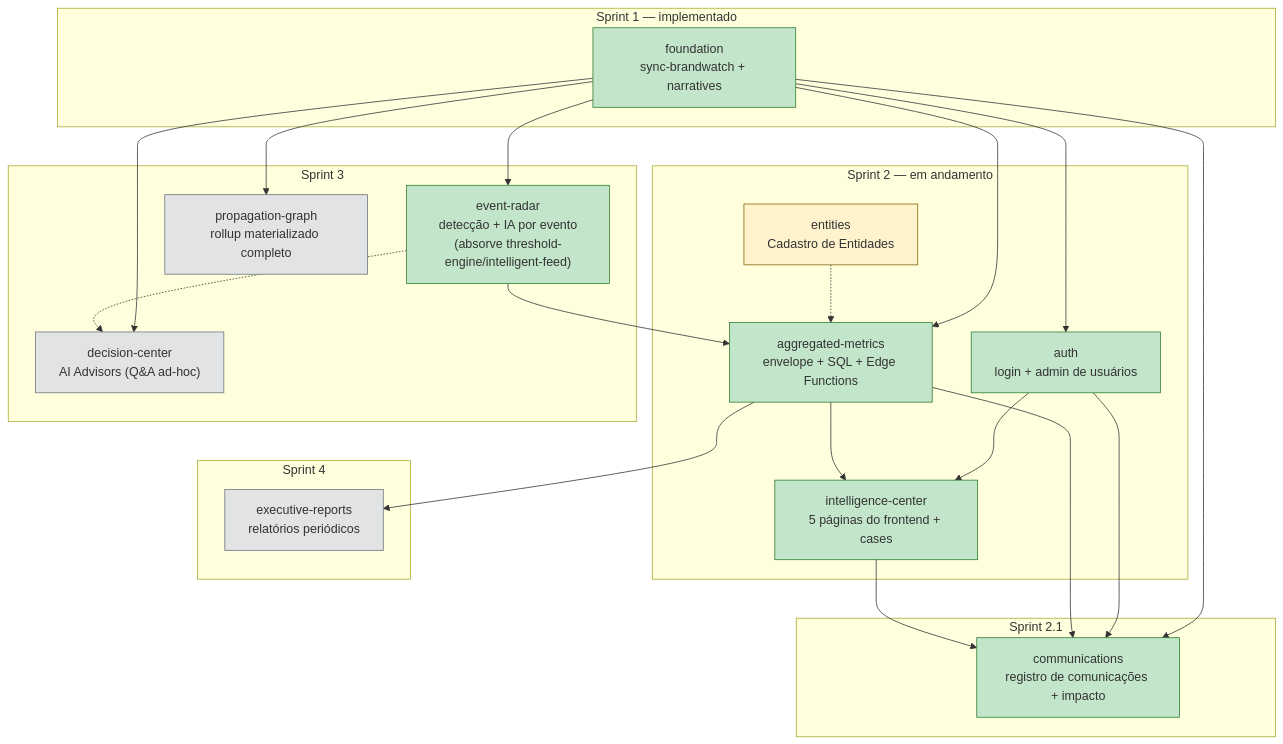
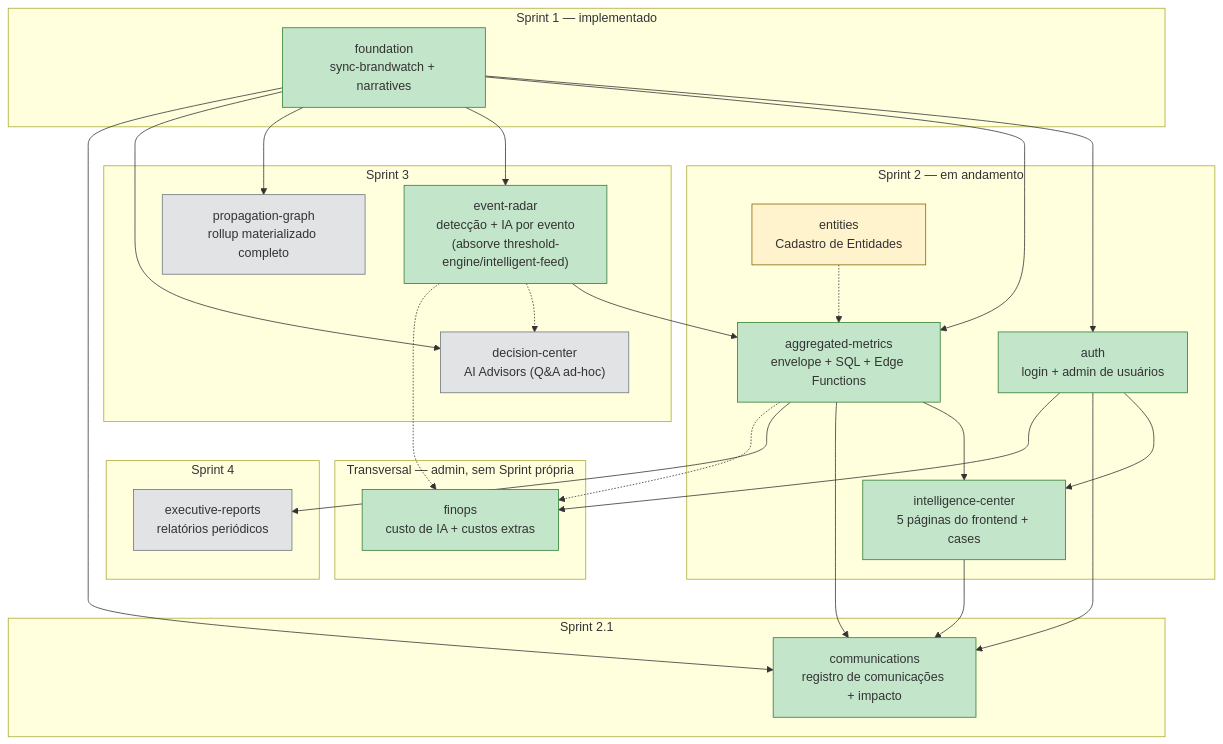
One commit to reputationcustom/dev-reputation changed the diagram in .dev/specs/_architecture.md. Above: the diagram before and after it, drawn with Mermaid. The commit also changed other lines of this file and 7 other files, not shown here.

````diff
--- a/.dev/specs/_architecture.md
+++ b/.dev/specs/_architecture.md
@@ -20,58 +20,67 @@
 ```mermaid
 graph TD
     subgraph SPRINT1["Sprint 1 — implementado"]
         FOUNDATION["foundation<br/>sync-brandwatch + narratives"]
     end
 
     subgraph SPRINT2["Sprint 2 — em andamento"]
         AUTH["auth<br/>login + admin de usuários"]
         AGGMETRICS["aggregated-metrics<br/>envelope + SQL + Edge Functions"]
         INTEL["intelligence-center<br/>5 páginas do frontend + cases"]
         ENTITIES["entities<br/>Cadastro de Entidades"]
     end
 
     subgraph SPRINT2_1["Sprint 2.1"]
         COMMUNICATIONS["communications<br/>registro de comunicações + impacto"]
     end
 
     subgraph SPRINT3["Sprint 3"]
         EVENTRADAR["event-radar<br/>detecção + IA por evento<br/>(absorve threshold-engine/intelligent-feed)"]
         PROPGRAPH["propagation-graph<br/>rollup materializado completo"]
         DECISIONCENTER["decision-center<br/>AI Advisors (Q&A ad-hoc)"]
     end
 
     subgraph SPRINT4["Sprint 4"]
         REPORTS["executive-reports<br/>relatórios periódicos"]
     end
 
+    subgraph TRANSVERSAL["Transversal — admin, sem Sprint própria"]
+        FINOPS["finops<br/>custo de IA + custos extras"]
+    end
+
     FOUNDATION --> AUTH
     FOUNDATION --> AGGMETRICS
     FOUNDATION --> EVENTRADAR
     FOUNDATION --> PROPGRAPH
     FOUNDATION --> DECISIONCENTER
 
     AUTH --> INTEL
     AGGMETRICS --> INTEL
     ENTITIES -.-> AGGMETRICS
 
     FOUNDATION --> COMMUNICATIONS
     AUTH --> COMMUNICATIONS
     AGGMETRICS --> COMMUNICATIONS
     INTEL --> COMMUNICATIONS
 
     EVENTRADAR --> AGGMETRICS
     EVENTRADAR -.-> DECISIONCENTER
 
     AGGMETRICS --> REPORTS
 
+    AUTH --> FINOPS
+    EVENTRADAR -.-> FINOPS
+    AGGMETRICS -.-> FINOPS
+
     style FOUNDATION fill:#c3e6cb,stroke:#2e7d32
     style AUTH fill:#c3e6cb,stroke:#2e7d32
     style AGGMETRICS fill:#c3e6cb,stroke:#2e7d32
     style INTEL fill:#c3e6cb,stroke:#2e7d32
     style ENTITIES fill:#fff3cd,stroke:#856404
     style COMMUNICATIONS fill:#c3e6cb,stroke:#2e7d32
     style EVENTRADAR fill:#c3e6cb,stroke:#2e7d32
     style PROPGRAPH fill:#e2e3e5,stroke:#6c757d
     style DECISIONCENTER fill:#e2e3e5,stroke:#6c757d
     style REPORTS fill:#e2e3e5,stroke:#6c757d
+    style FINOPS fill:#c3e6cb,stroke:#2e7d32
 ```
````
